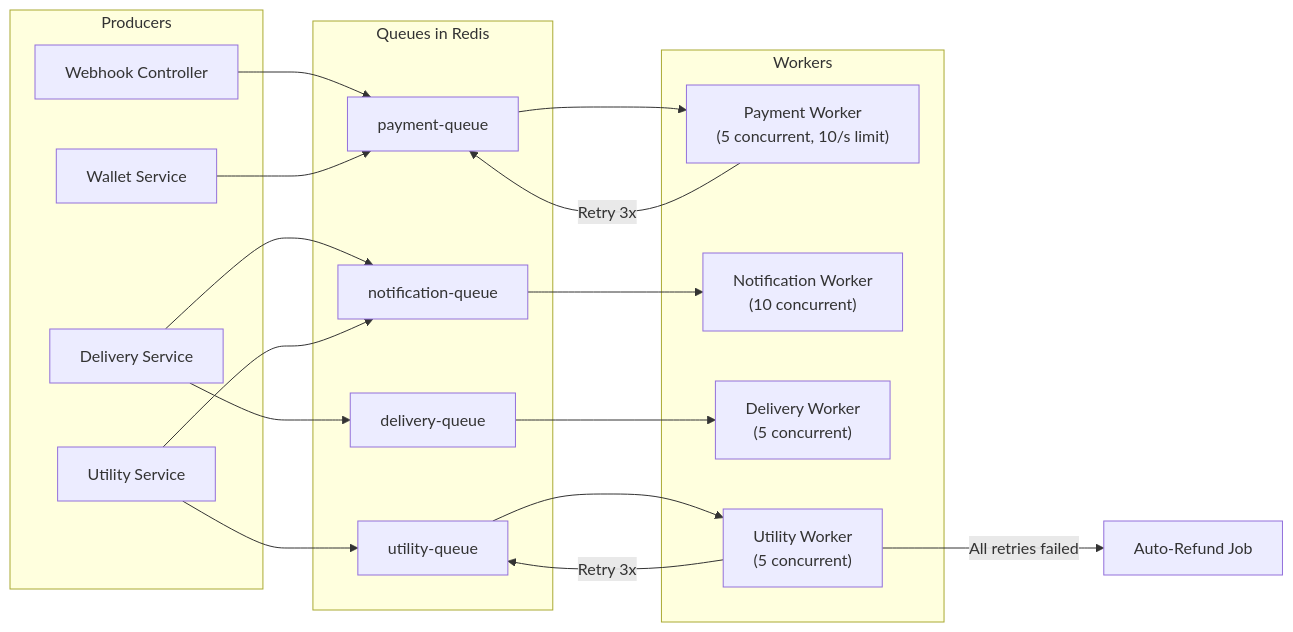
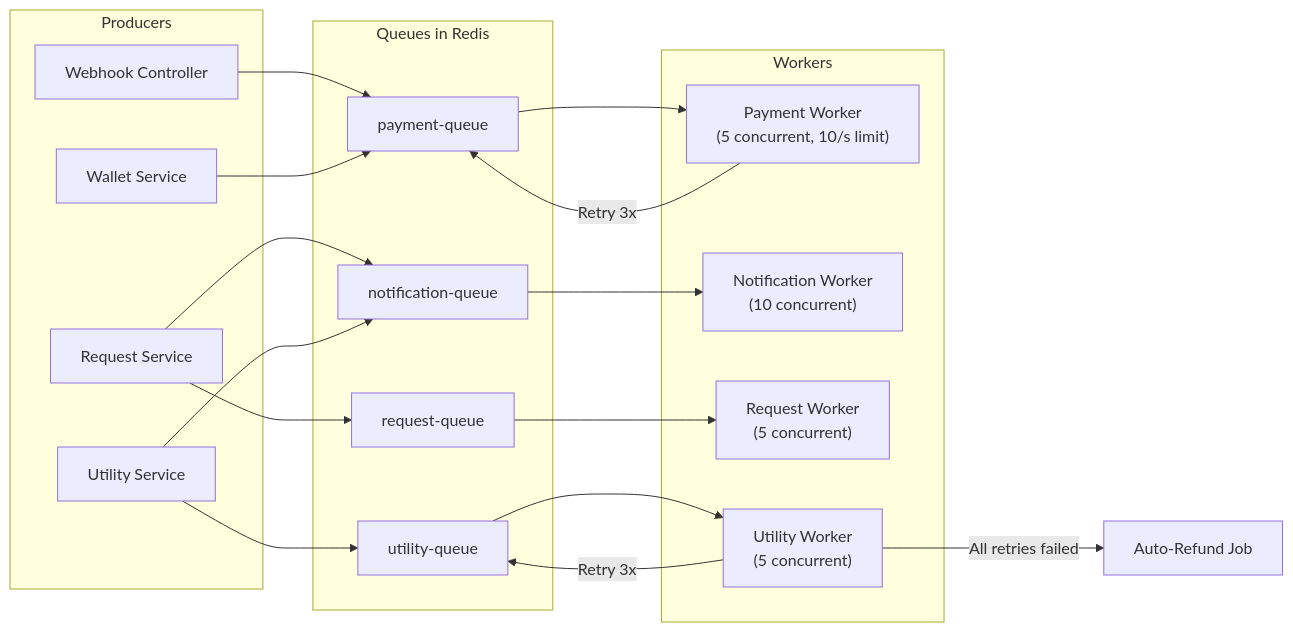
The fifth of 5 diagrams in docs/ARCHITECTURE.md (bishirtijjani/logistics), drawn with Mermaid before and after one commit. The commit also changed other lines of this file and 162 other files, not shown here.

````diff
--- a/docs/ARCHITECTURE.md
+++ b/docs/ARCHITECTURE.md
@@ -177,39 +202,39 @@
 ```mermaid
 graph LR
     subgraph Producers
         WH["Webhook Controller"]
         WS["Wallet Service"]
-        DS["Delivery Service"]
+        RS["Request Service"]
         US["Utility Service"]
     end
 
     subgraph Queues in Redis
         PQ["payment-queue"]
         NQ["notification-queue"]
-        DQ["delivery-queue"]
+        RQ["request-queue"]
         UQ["utility-queue"]
     end
 
     subgraph Workers
         PW["Payment Worker<br/>(5 concurrent, 10/s limit)"]
         NW["Notification Worker<br/>(10 concurrent)"]
-        DW["Delivery Worker<br/>(5 concurrent)"]
+        RW["Request Worker<br/>(5 concurrent)"]
         UW["Utility Worker<br/>(5 concurrent)"]
     end
 
     WH --> PQ
     WS --> PQ
-    DS --> DQ
-    DS --> NQ
+    RS --> RQ
+    RS --> NQ
     US --> UQ
     US --> NQ
 
     PQ --> PW
     NQ --> NW
-    DQ --> DW
+    RQ --> RW
     UQ --> UW
 
     PW -->|Retry 3x| PQ
     UW -->|Retry 3x| UQ
     UW -->|All retries failed| REFUND["Auto-Refund Job"]
 ```
````
